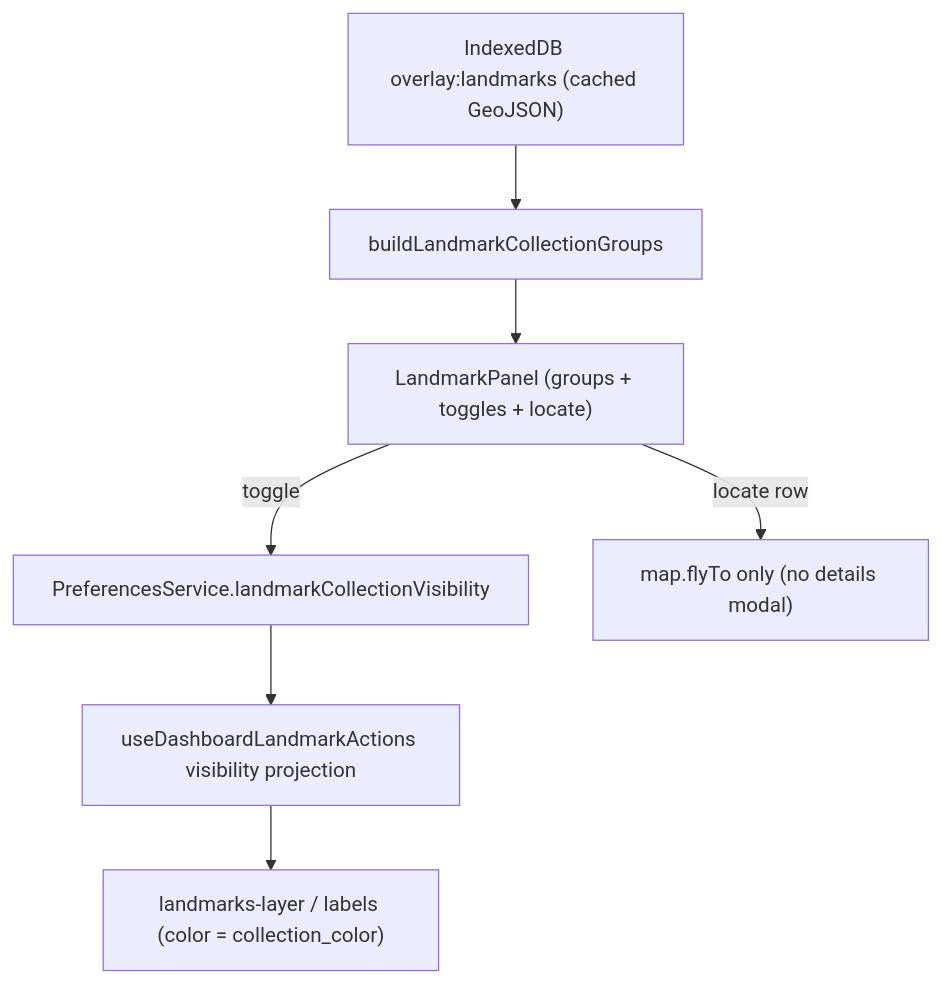
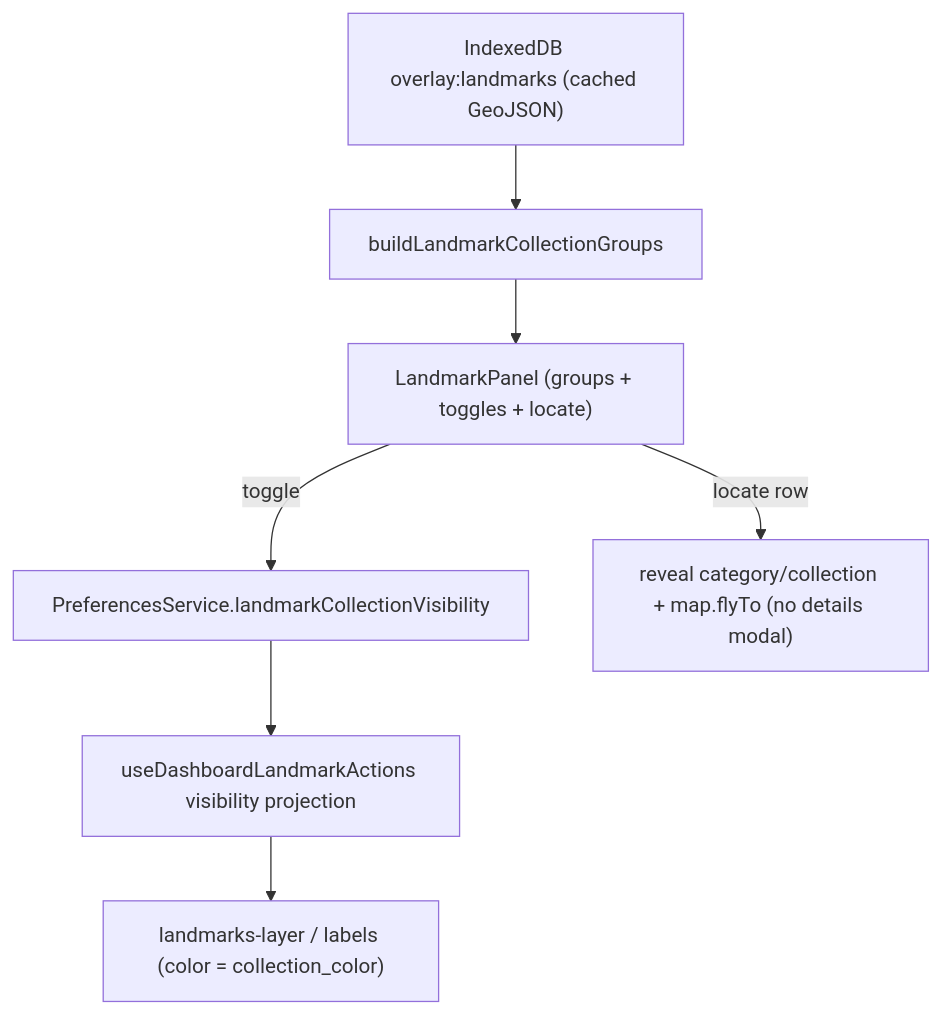
The diagram in docs/landmark-collections.md (OpenSpeleo/SpeleoDB-App), drawn with Mermaid before and after one commit. The commit also changed other lines of this file and 38 other files, not shown here.

````diff
--- a/docs/landmark-collections.md
+++ b/docs/landmark-collections.md
@@ -62,9 +64,9 @@
 ```mermaid
 flowchart TD
   cache["IndexedDB overlay:landmarks (cached GeoJSON)"] --> groups["buildLandmarkCollectionGroups"]
   groups --> panel["LandmarkPanel (groups + toggles + locate)"]
   panel -->|toggle| prefs["PreferencesService.landmarkCollectionVisibility"]
   prefs --> visible["useDashboardLandmarkActions visibility projection"]
   visible --> layers["landmarks-layer / labels (color = collection_color)"]
-  panel -->|locate row| fly["map.flyTo only (no details modal)"]
+  panel -->|locate row| fly["reveal category/collection + map.flyTo (no details modal)"]
 ```
````
